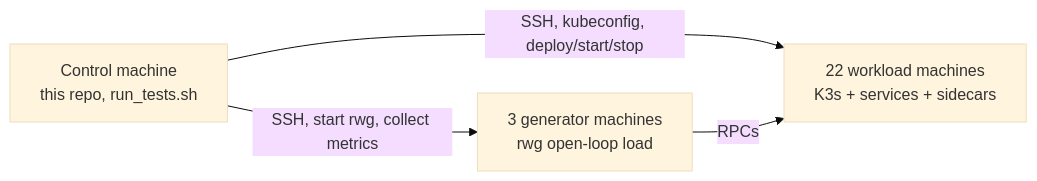
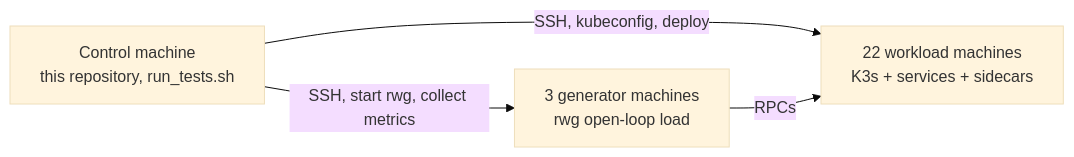
The diagram in README.md (roshanfer-project/roshanfer-experiments), drawn with Mermaid (base theme) before and after one commit. The commit also changed other lines of this file, not shown here.

````diff
--- a/README.md
+++ b/README.md
@@ -43,9 +41,9 @@
 ```mermaid
 flowchart LR
-  C["Control machine<br/>this repo, run_tests.sh"]
+  C["Control machine<br/>this repository, run_tests.sh"]
   G["3 generator machines<br/>rwg open-loop load"]
   W["22 workload machines<br/>K3s + services + sidecars"]
-  C -->|SSH, kubeconfig, deploy/start/stop| W
+  C -->|SSH, kubeconfig, deploy| W
   C -->|SSH, start rwg, collect metrics| G
   G -->|RPCs| W
 ```
````
